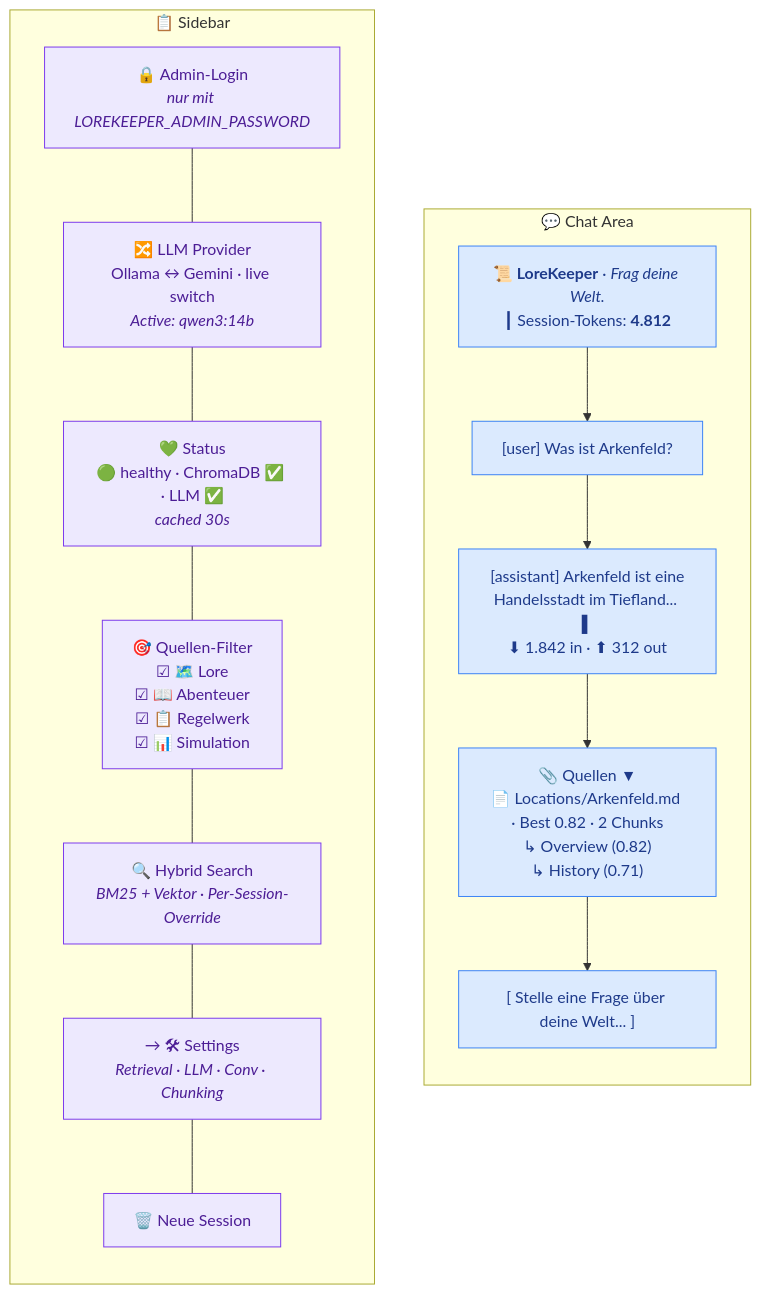
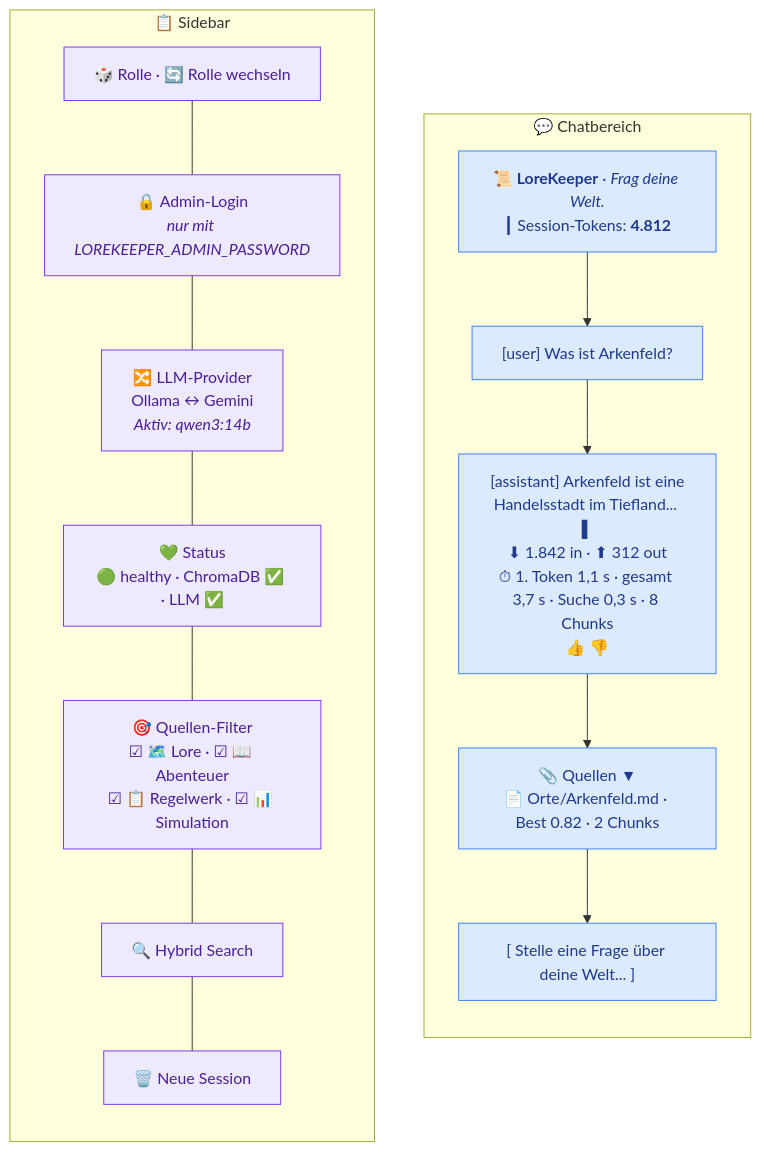
One commit to FabianHentrich/lorekeeper changed the first of 2 diagrams in docs/ui-ux.md. Above: the diagram before and after it, drawn with Mermaid. The commit also changed other lines of this file and 15 other files, not shown here.

````diff
--- a/docs/ui-ux.md
+++ b/docs/ui-ux.md
@@ -22,31 +24,31 @@
 ```mermaid
 flowchart LR
     subgraph SIDEBAR["📋 Sidebar"]
         direction TB
+        S0["🎲 Rolle · 🔄 Rolle wechseln"]
         S1["🔒 Admin-Login<br/><i>nur mit LOREKEEPER_ADMIN_PASSWORD</i>"]
-        S2["🔀 LLM Provider<br/>Ollama ↔ Gemini · live switch<br/><i>Active: qwen3:14b</i>"]
-        S3["💚 Status<br/>🟢 healthy · ChromaDB ✅ · LLM ✅<br/><i>cached 30s</i>"]
-        S4["🎯 Quellen-Filter<br/>☑ 🗺️ Lore<br/>☑ 📖 Abenteuer<br/>☑ 📋 Regelwerk<br/>☑ 📊 Simulation"]
-        S5["🔍 Hybrid Search<br/><i>BM25 + Vektor · Per-Session-Override</i>"]
-        S6["→ 🛠 Settings<br/><i>Retrieval · LLM · Conv · Chunking</i>"]
+        S2["🔀 LLM-Provider<br/>Ollama ↔ Gemini<br/><i>Aktiv: qwen3:14b</i>"]
+        S3["💚 Status<br/>🟢 healthy · ChromaDB ✅ · LLM ✅"]
+        S4["🎯 Quellen-Filter<br/>☑ 🗺️ Lore · ☑ 📖 Abenteuer<br/>☑ 📋 Regelwerk · ☑ 📊 Simulation"]
+        S5["🔍 Hybrid Search"]
         S7["🗑️ Neue Session"]
-        S1 --- S2 --- S3 --- S4 --- S5 --- S6 --- S7
+        S0 --- S1 --- S2 --- S3 --- S4 --- S5 --- S7
     end
 
-    subgraph CHAT["💬 Chat Area"]
+    subgraph CHAT["💬 Chatbereich"]
         direction TB
         C1["📜 <b>LoreKeeper</b> · <i>Frag deine Welt.</i><br/>┃ Session-Tokens: <b>4.812</b>"]
         C2["[user] Was ist Arkenfeld?"]
-        C3["[assistant] Arkenfeld ist eine<br/>Handelsstadt im Tiefland... ▌<br/>⬇ 1.842 in · ⬆ 312 out"]
-        C4["📎 Quellen ▼<br/>📄 Locations/Arkenfeld.md · Best 0.82 · 2 Chunks<br/>↳ Overview (0.82)<br/>↳ History (0.71)"]
+        C3["[assistant] Arkenfeld ist eine<br/>Handelsstadt im Tiefland... ▌<br/>⬇ 1.842 in · ⬆ 312 out<br/>⏱ 1. Token 1,1 s · gesamt 3,7 s · Suche 0,3 s · 8 Chunks<br/>👍 👎"]
+        C4["📎 Quellen ▼<br/>📄 Orte/Arkenfeld.md · Best 0.82 · 2 Chunks"]
         C5["[ Stelle eine Frage über deine Welt... ]"]
         C1 --> C2 --> C3 --> C4 --> C5
     end
 
     SIDEBAR ~~~ CHAT
 
     classDef side fill:#ede9fe,stroke:#7c3aed,color:#4c1d95
     classDef chat fill:#dbeafe,stroke:#3b82f6,color:#1e3a8a
-    class S1,S2,S3,S4,S5,S6,S7 side
+    class S0,S1,S2,S3,S4,S5,S7 side
     class C1,C2,C3,C4,C5 chat
 ```
````
